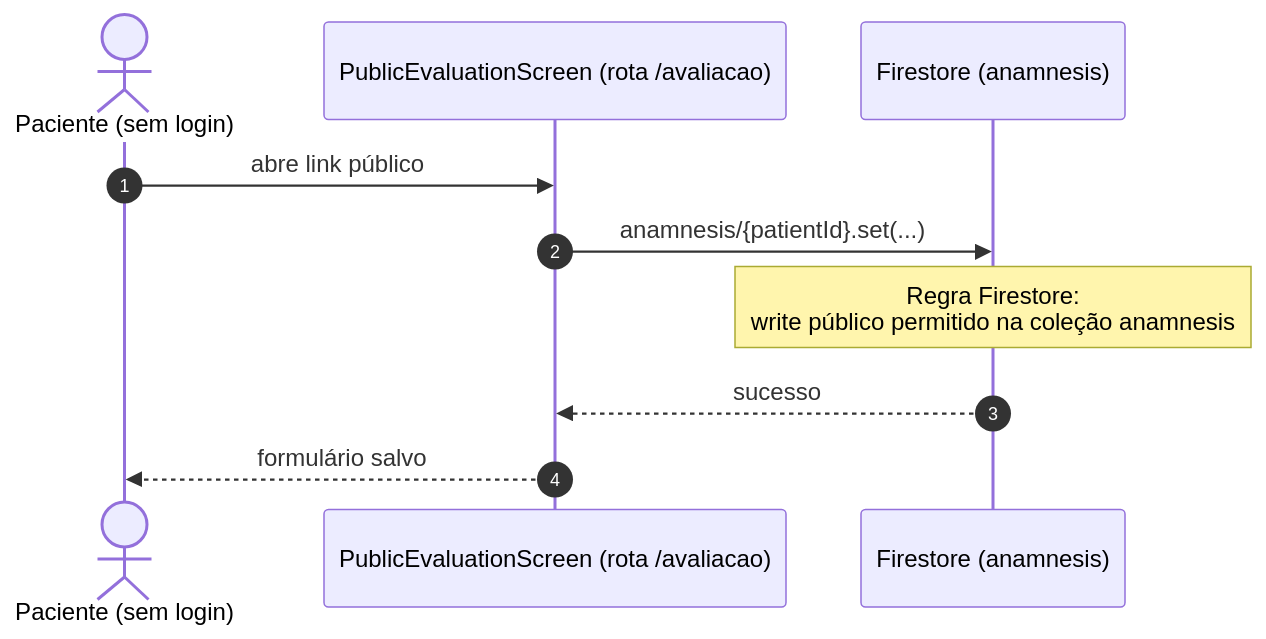
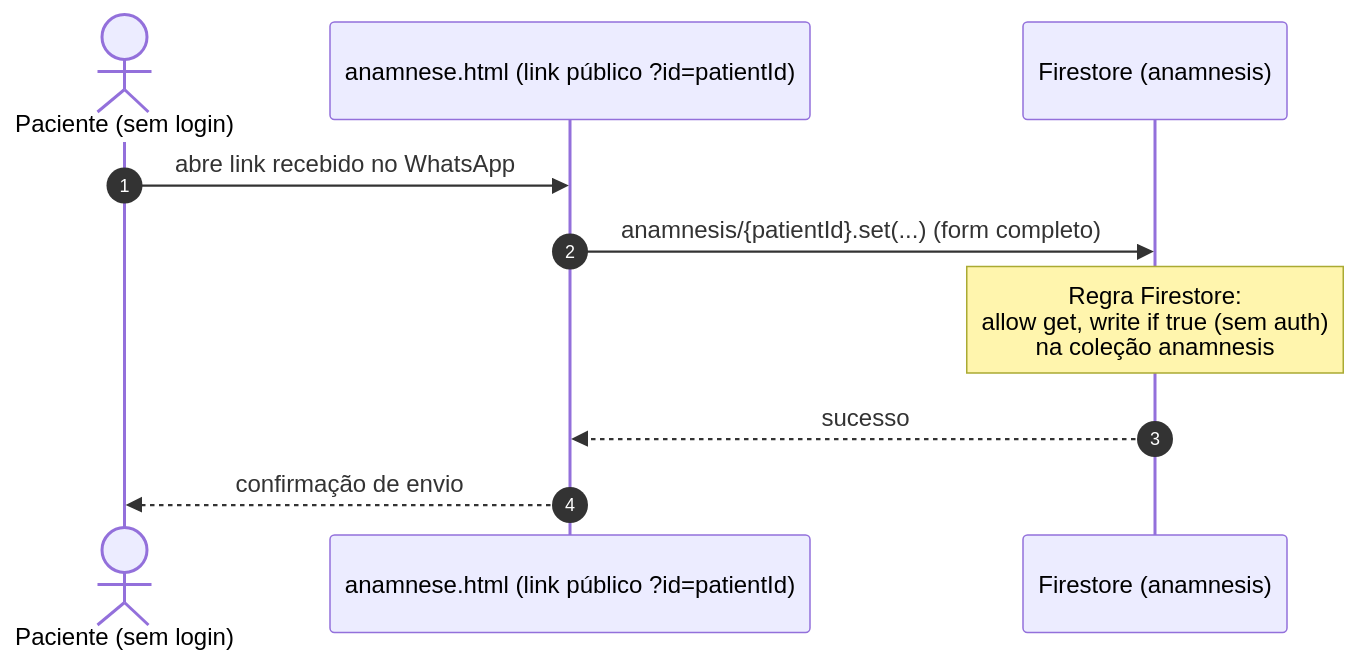
Before and after one commit to gabrielabrahaodev/NexoSaude: diagram 12 of 13 in DIAGRAMAS_DE_SEQUENCIA.md, drawn with Mermaid. The commit also changed other lines of this file and 26 other files, not shown here.

````diff
--- a/DIAGRAMAS_DE_SEQUENCIA.md
+++ b/DIAGRAMAS_DE_SEQUENCIA.md
@@ -318,13 +319,13 @@
 ```mermaid
 sequenceDiagram
     autonumber
     actor P as Paciente (sem login)
-    participant PE as PublicEvaluationScreen (rota /avaliacao)
+    participant H as anamnese.html (link público ?id=patientId)
     participant F as Firestore (anamnesis)
 
-    P->>PE: abre link público
-    PE->>F: anamnesis/{patientId}.set(...)
-    Note over F: Regra Firestore:<br/>write público permitido na coleção anamnesis
-    F-->>PE: sucesso
-    PE-->>P: formulário salvo
+    P->>H: abre link recebido no WhatsApp
+    H->>F: anamnesis/{patientId}.set(...) (form completo)
+    Note over F: Regra Firestore:<br/>allow get, write if true (sem auth)<br/>na coleção anamnesis
+    F-->>H: sucesso
+    H-->>P: confirmação de envio
 ```
````
